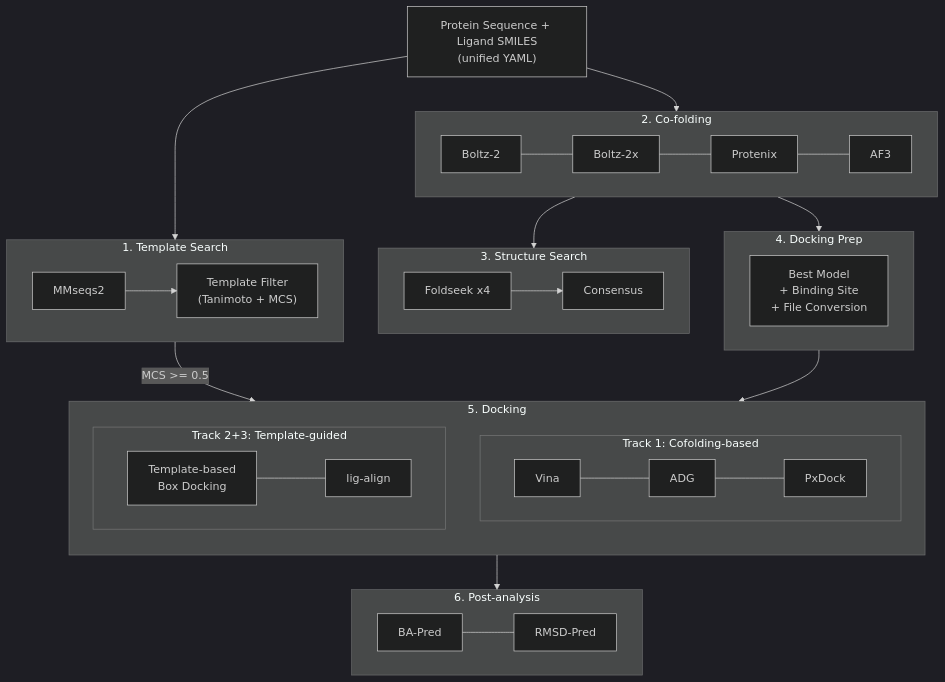
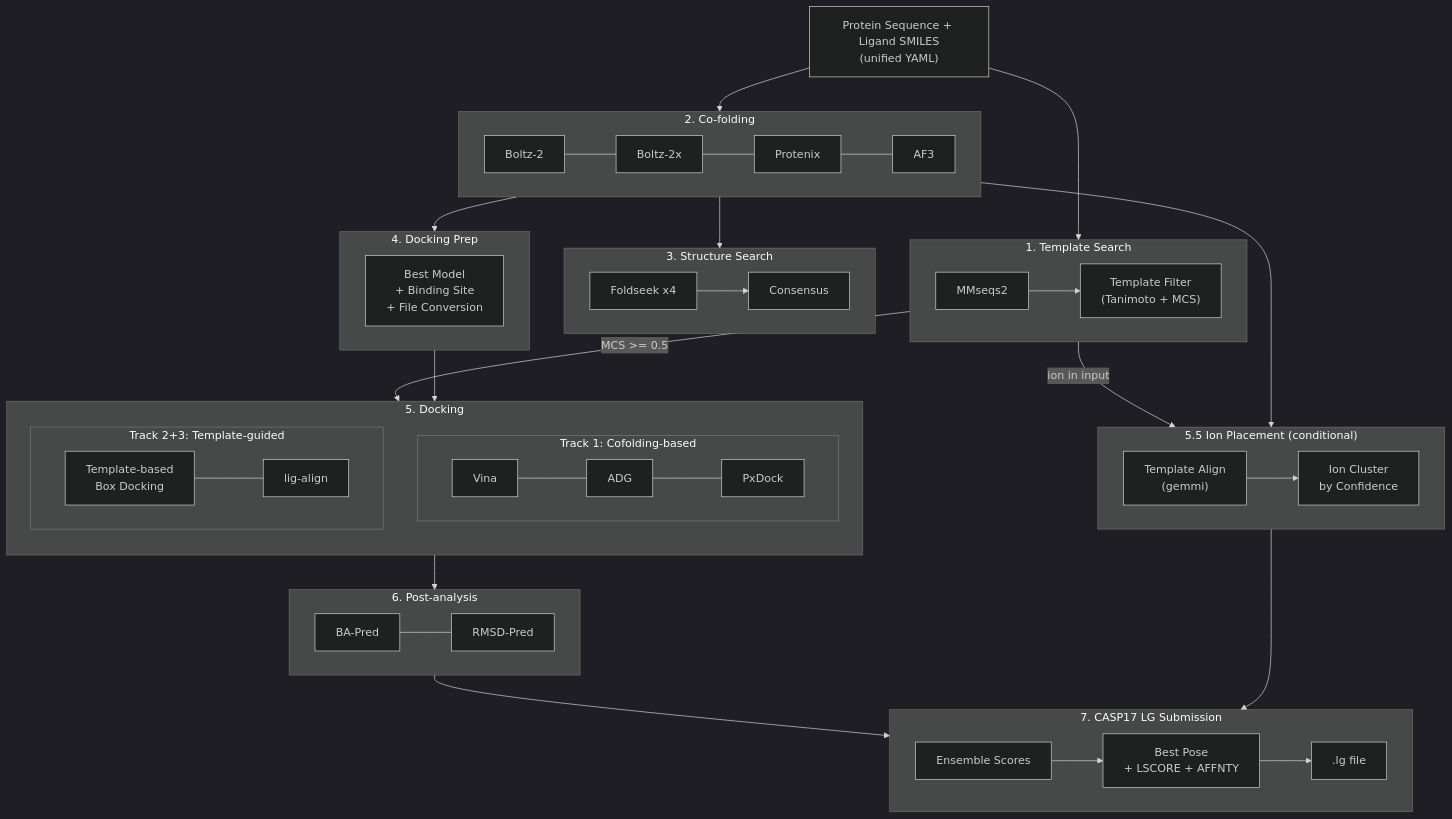
One commit to eightmm/mosaic-pl changed the first of 22 diagrams in docs/pipeline.md. Above: the diagram before and after it, drawn with Mermaid (dark theme). The commit also changed other lines of this file and 2 other files, not shown here.

First line of the commit message:
docs: update README/CLAUDE.md/pipeline.md for multi-seed, ion placement, CASP submission

````diff
--- a/docs/pipeline.md
+++ b/docs/pipeline.md
@@ -5,44 +5,57 @@
 ```mermaid
 flowchart TB
     INPUT["Protein Sequence + Ligand SMILES\n(unified YAML)"]
 
     subgraph S1["1. Template Search"]
         B1["MMseqs2"] --> B2["Template Filter\n(Tanimoto + MCS)"]
     end
 
     subgraph S2["2. Co-folding"]
         direction LR
         C1["Boltz-2"] --- C2["Boltz-2x"] --- C3["Protenix"] --- C4["AF3"]
     end
 
     subgraph S3["3. Structure Search"]
         D1["Foldseek x4"] --> D2["Consensus"]
     end
 
     subgraph S4["4. Docking Prep"]
         E1["Best Model\n+ Binding Site\n+ File Conversion"]
     end
 
     subgraph S5["5. Docking"]
         direction TB
         subgraph T1["Track 1: Cofolding-based"]
             direction LR
             F1["Vina"] --- F2["ADG"] --- F3["PxDock"]
         end
         subgraph T23["Track 2+3: Template-guided"]
             direction LR
             F4["Template-based\nBox Docking"] --- F5["lig-align"]
         end
     end
 
+    subgraph S55["5.5 Ion Placement (conditional)"]
+        direction LR
+        I1["Template Align\n(gemmi)"] --> I2["Ion Cluster\nby Confidence"]
+    end
+
     subgraph S6["6. Post-analysis"]
         direction LR
         G1["BA-Pred"] --- G2["RMSD-Pred"]
+    end
+
+    subgraph S7["7. CASP17 LG Submission"]
+        direction LR
+        SS1["Ensemble Scores"] --> SS2["Best Pose\n+ LSCORE + AFFNTY"] --> SS3[".lg file"]
     end
 
     INPUT --> S1 & S2
     S1 -->|"MCS >= 0.5"| T23
     S2 --> S3
     S2 --> S4 --> T1
-    S5 --> S6
+    S1 -->|"ion in input"| S55
+    S2 --> S55
+    S5 --> S6 --> S7
+    S55 --> S7
 ```
````
